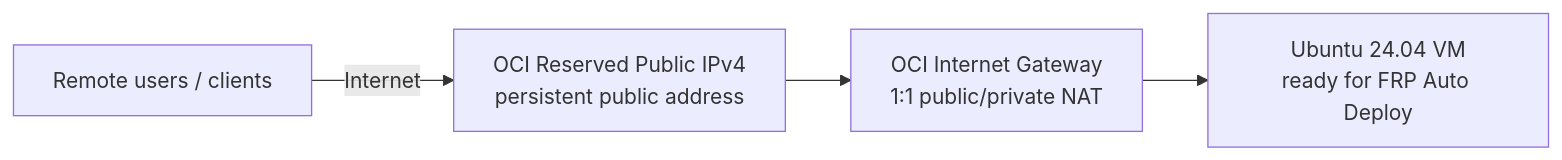
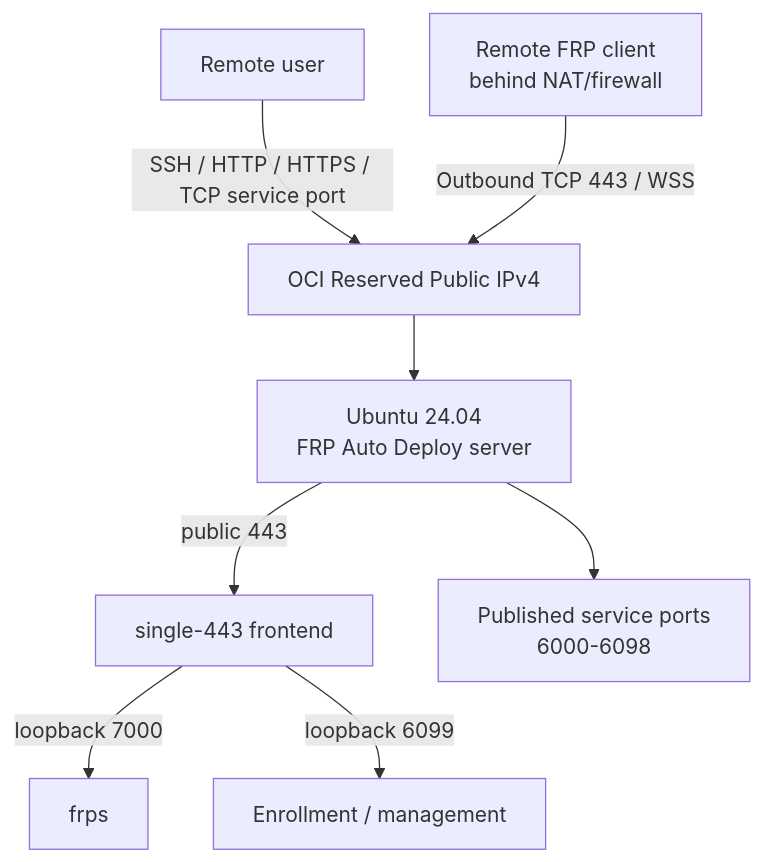
The diagram in getting-started/oci-free-tier-server.mdx (datarelay-labs/data-relay-link-docs), drawn with Mermaid before and after one commit. The commit also changed other lines of this file and 1 other file, not shown here.

````diff
--- a/getting-started/oci-free-tier-server.mdx
+++ b/getting-started/oci-free-tier-server.mdx
@@ -23,11 +27,10 @@
 ```mermaid
-flowchart LR
-    U[Remote users / clients]
-    IP[OCI Reserved Public IPv4\npersistent public address]
-    IG[OCI Internet Gateway\n1:1 public/private NAT]
-    VM[Ubuntu 24.04 VM\nready for FRP Auto Deploy]
-
-    U -->|Internet| IP
-    IP --> IG
-    IG --> VM
+flowchart TD
+    U[Remote user] -->|SSH / HTTP / HTTPS / TCP service port| PUB[OCI Reserved Public IPv4]
+    C[Remote FRP client\nbehind NAT/firewall] -->|Outbound TCP 443 / WSS| PUB
+    PUB --> VM[Ubuntu 24.04\nFRP Auto Deploy server]
+    VM -->|public 443| FE[single-443 frontend]
+    FE -->|loopback 7000| FRPS[frps]
+    FE -->|loopback 6099| ENR[Enrollment / management]
+    VM --> PORTS[Published service ports\n6000-6098]
 ```
````
